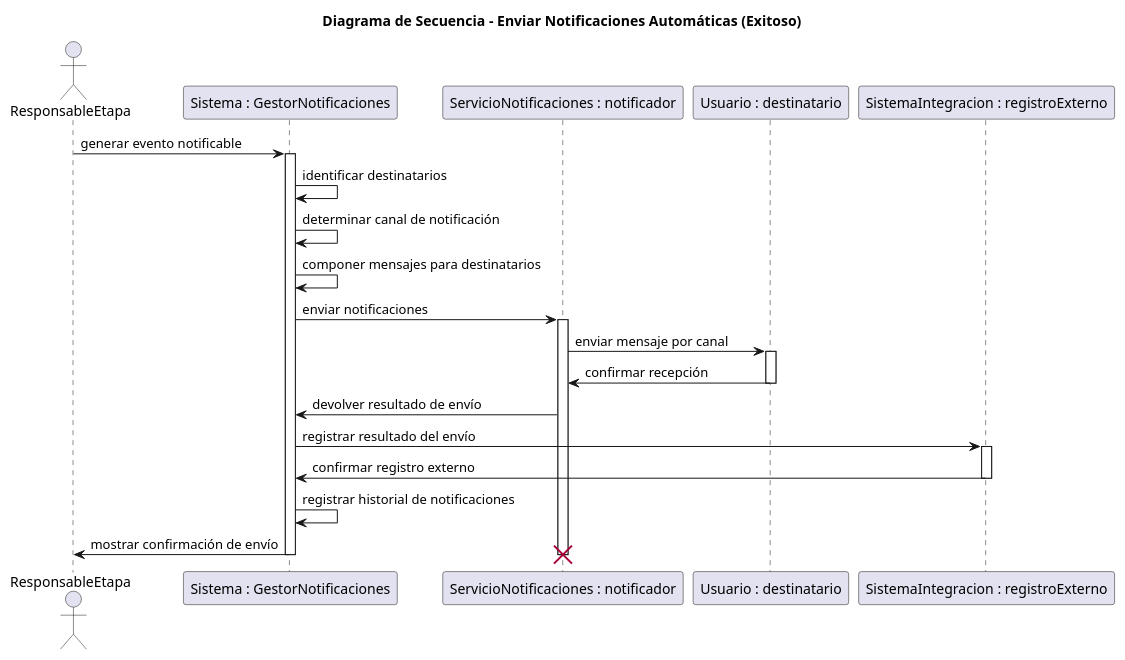
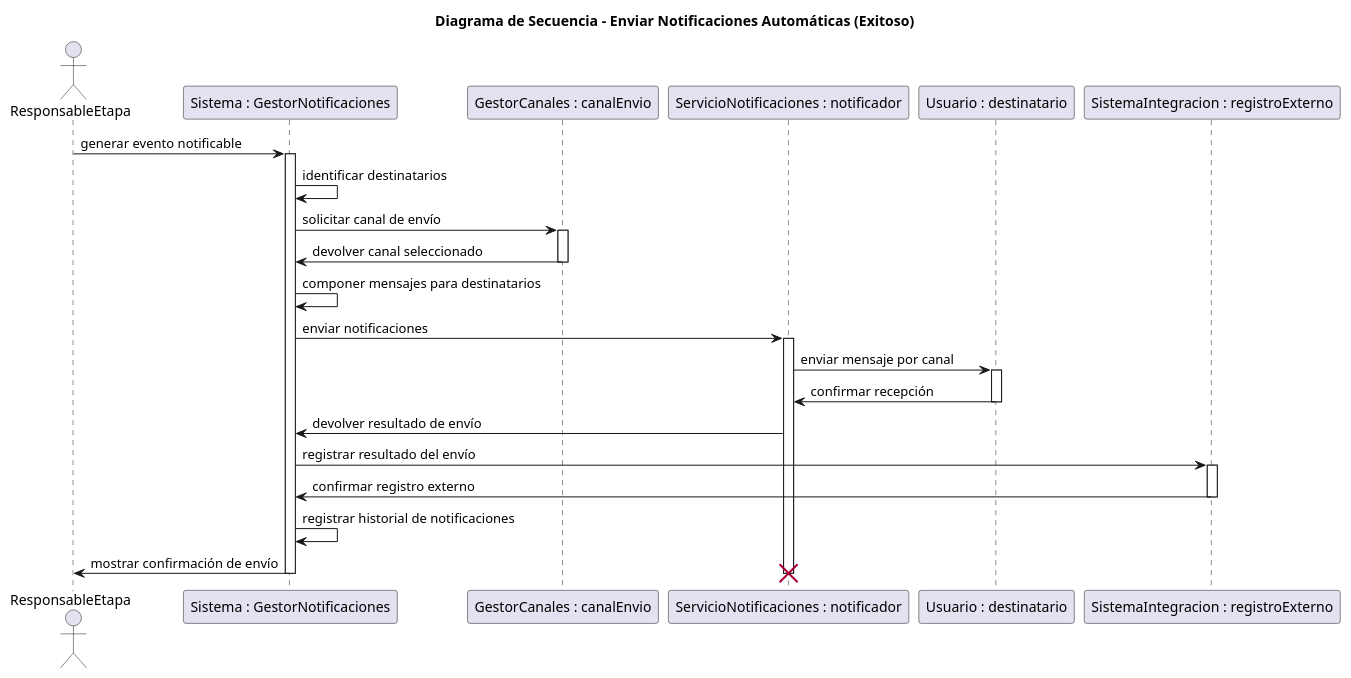
The diagram in diagramas/05-diagramas-secuencia/05-enviar-notificacion-enviar-notificaciones-automaticas-exitoso-05.puml (GonzaloBarbano/SistemaProductoraVideos), drawn with PlantUML before and after one commit. The commit also changed 27 other files, not shown here.

```diff
--- a/diagramas/05-diagramas-secuencia/05-enviar-notificacion-enviar-notificaciones-automaticas-exitoso-05.puml
+++ b/diagramas/05-diagramas-secuencia/05-enviar-notificacion-enviar-notificaciones-automaticas-exitoso-05.puml
@@ -1,41 +1,47 @@
 @startuml
 title Diagrama de Secuencia - Enviar Notificaciones Automáticas (Exitoso)
 
 actor ResponsableEtapa
 participant "Sistema : GestorNotificaciones" as Sistema
+participant "GestorCanales : canalEnvio" as GestorCanales
 participant "ServicioNotificaciones : notificador" as ServicioNotificaciones
 participant "Usuario : destinatario" as Destinatario
 participant "SistemaIntegracion : registroExterno" as SistemaIntegracion
 
 '--- Inicio del flujo ---
 ResponsableEtapa -> Sistema : generar evento notificable
 activate Sistema
 
 Sistema -> Sistema : identificar destinatarios
-Sistema -> Sistema : determinar canal de notificación
+
+'--- Issue 62: interacción explícita para determinar el canal ---
+Sistema -> GestorCanales : solicitar canal de envío
+activate GestorCanales
+GestorCanales -> Sistema : devolver canal seleccionado
+deactivate GestorCanales
+
 Sistema -> Sistema : componer mensajes para destinatarios
 
 Sistema -> ServicioNotificaciones : enviar notificaciones
 activate ServicioNotificaciones
 
 ServicioNotificaciones -> Destinatario : enviar mensaje por canal
 activate Destinatario
 Destinatario -> ServicioNotificaciones : confirmar recepción
 deactivate Destinatario
 
 ServicioNotificaciones -> Sistema : devolver resultado de envío
 
 Sistema -> SistemaIntegracion : registrar resultado del envío
 activate SistemaIntegracion
 SistemaIntegracion -> Sistema : confirmar registro externo
 deactivate SistemaIntegracion
 
 Sistema -> Sistema : registrar historial de notificaciones
 Sistema -> ResponsableEtapa : mostrar confirmación de envío
 
 deactivate ServicioNotificaciones
 deactivate Sistema
 
 destroy ServicioNotificaciones
-
 @enduml
```
